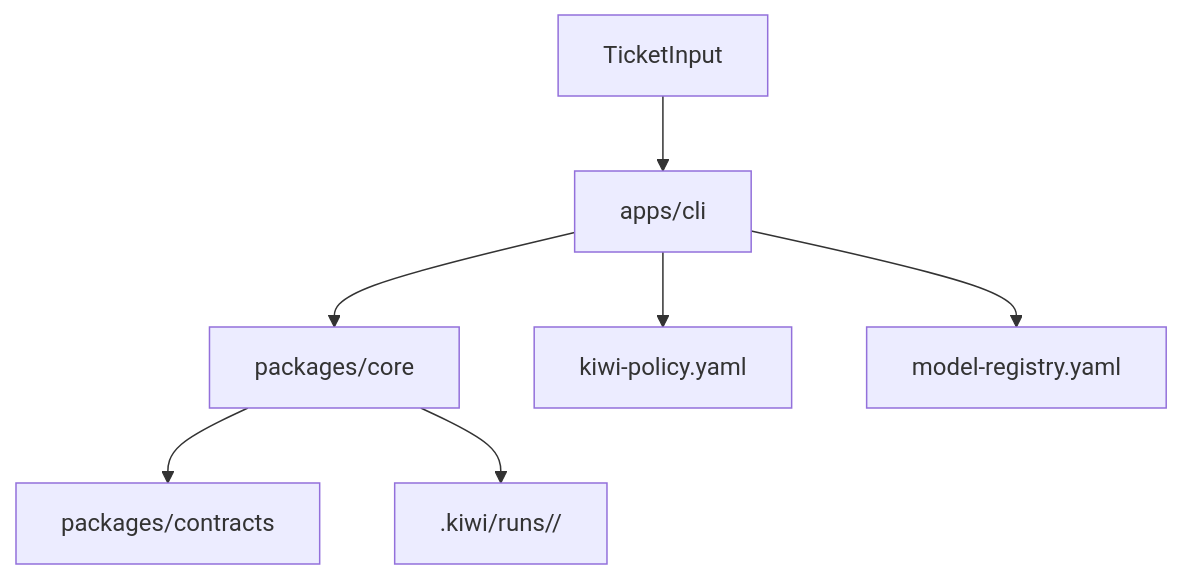
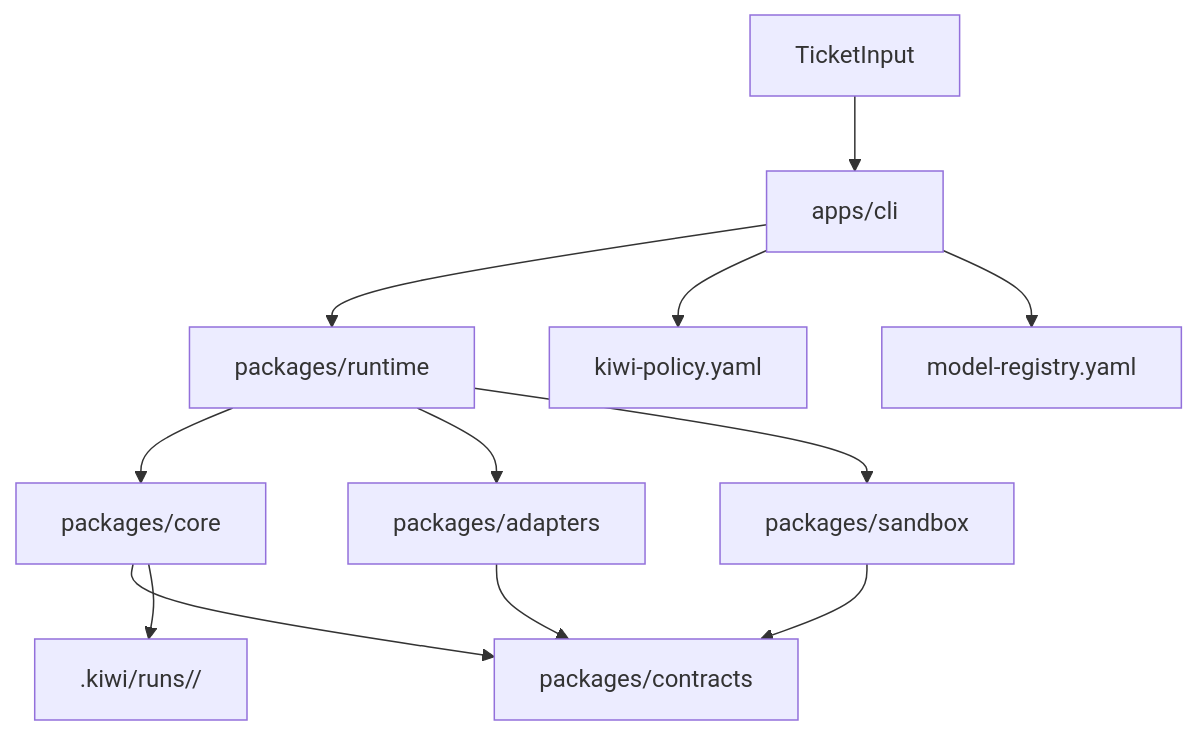
One commit to kiwijuicer/kiwi changed the diagram in docs/architecture.md. Above: the diagram before and after it, drawn with Mermaid. The commit also changed other lines of this file and 44 other files, not shown here.

````diff
--- a/docs/architecture.md
+++ b/docs/architecture.md
@@ -10,9 +10,14 @@
 ```mermaid
 flowchart TD
   input[TicketInput] --> cli[apps/cli]
-  cli --> core[packages/core]
+  cli --> runtime[packages/runtime]
+  runtime --> core[packages/core]
+  runtime --> adapters[packages/adapters]
+  runtime --> sandbox[packages/sandbox]
   core --> contracts[packages/contracts]
+  adapters --> contracts
+  sandbox --> contracts
   core --> runstore[.kiwi/runs/<run-id>/]
   cli --> policy[kiwi-policy.yaml]
   cli --> registry[model-registry.yaml]
 ```
````
